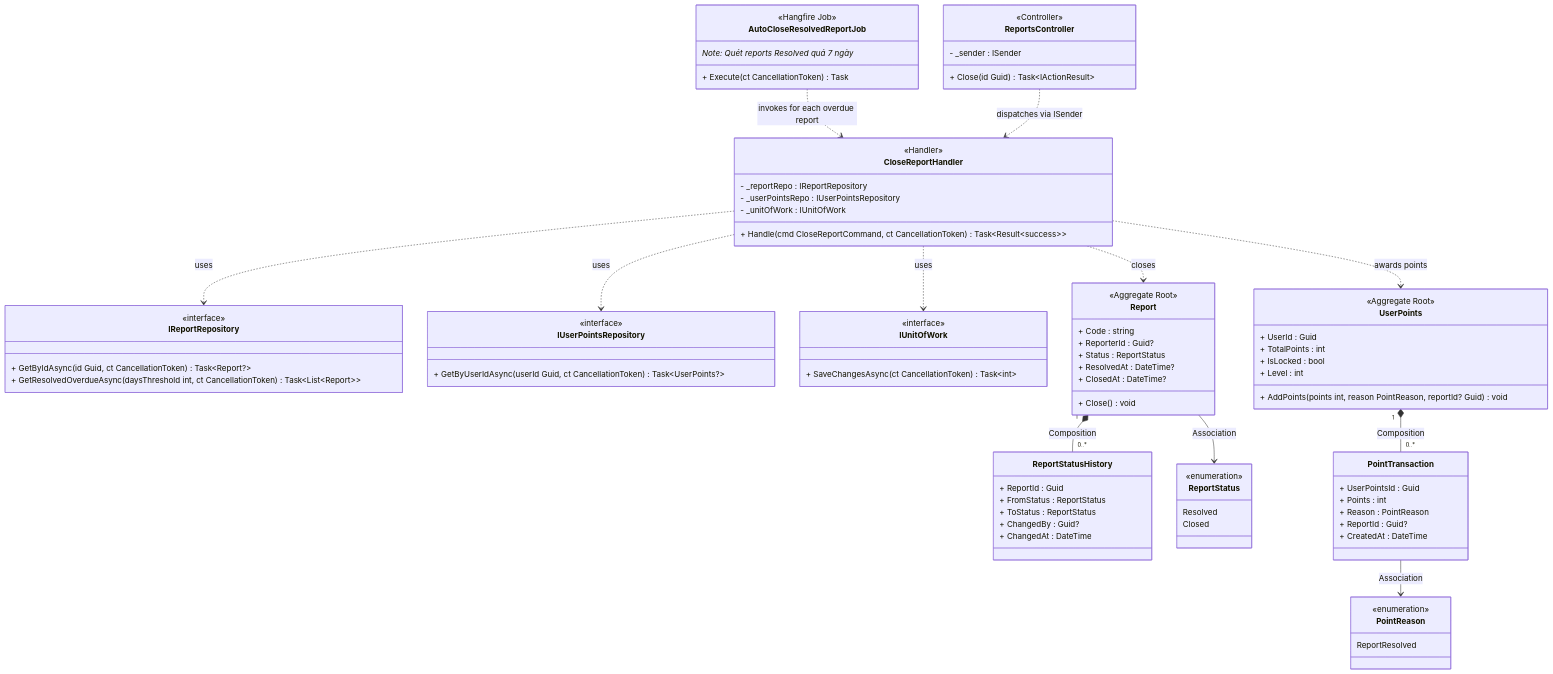
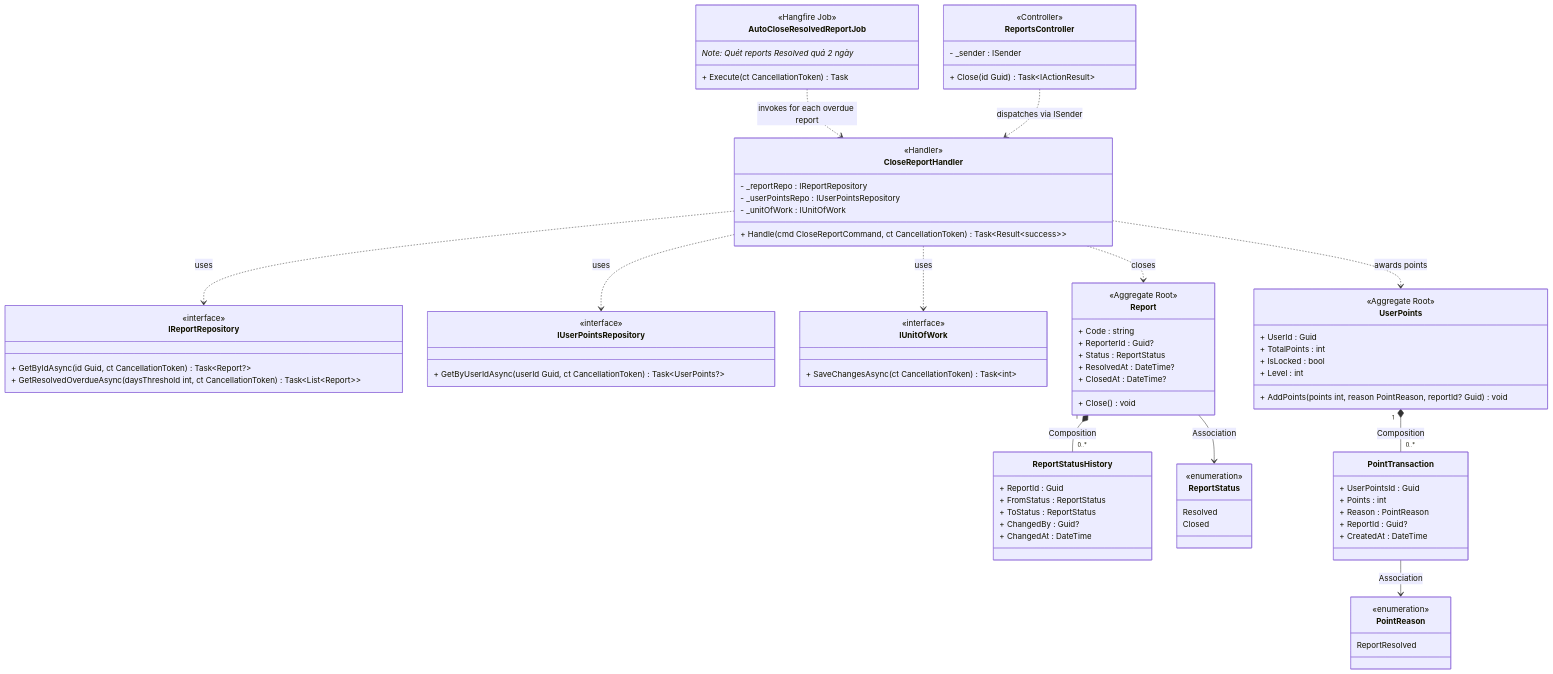
One commit to Capstonne-Project/greenlens-service changed diagram 11 of 43 in docs/BusinessRule/CLASS_DIAGRAMS.md. Above: the diagram before and after it, drawn with Mermaid. The commit also changed other lines of this file and 2 other files, not shown here.

First line of the commit message:
docs(business-rule): align diagrams and BR matrix with report workflow changes

```diff
--- a/docs/BusinessRule/CLASS_DIAGRAMS.md
+++ b/docs/BusinessRule/CLASS_DIAGRAMS.md
@@ -1435,7 +1438,7 @@
     class AutoCloseResolvedReportJob {
         <<Hangfire Job>>
         + Execute(ct CancellationToken) Task
-        _Note: Quét reports Resolved quá 7 ngày_
+        _Note: Quét reports Resolved quá 2 ngày_
     }
 
     class IReportRepository {
```
